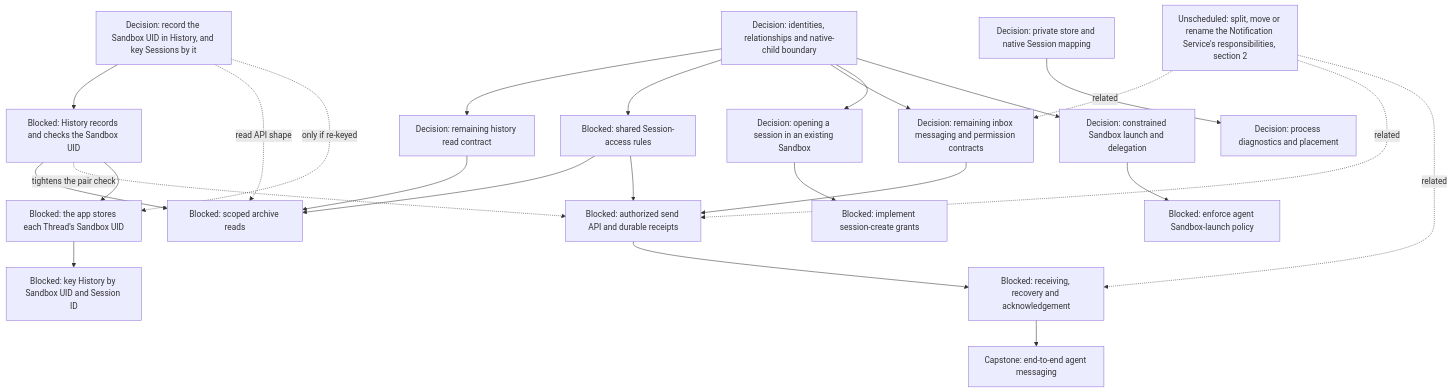
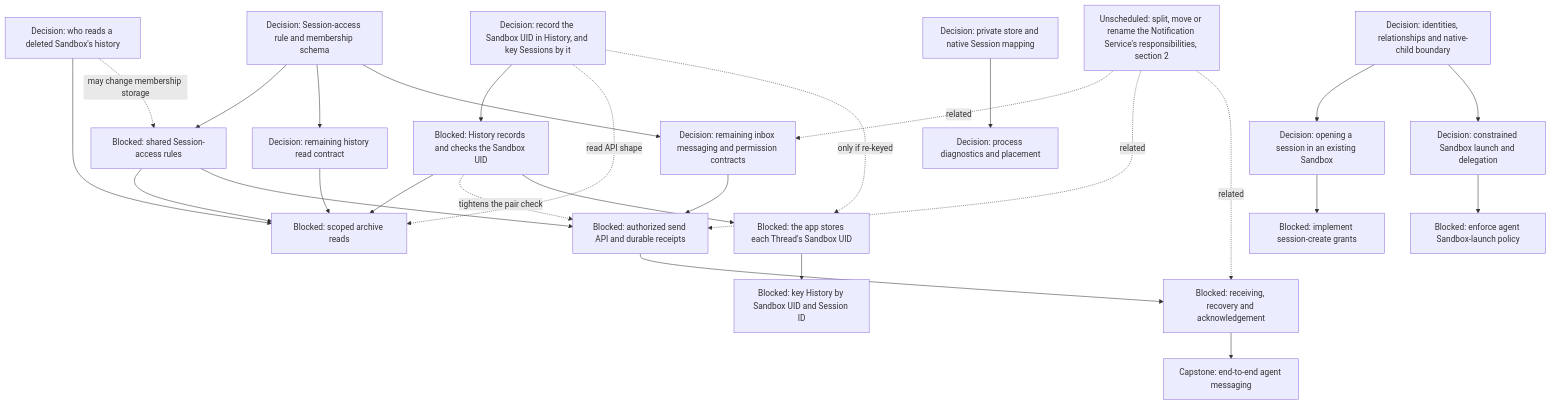
The fifth of 16 diagrams in agentplane/plans/task_dag.md (agentydragon-agent/ducktape), drawn with Mermaid before and after one commit. The commit also changed other lines of this file and 2 other files, not shown here.

````diff
--- a/agentplane/plans/task_dag.md
+++ b/agentplane/plans/task_dag.md
@@ -249,45 +250,49 @@
 ```mermaid
 flowchart TD
     MULTIAGENT_MODEL[Decision: identities, relationships and native-child boundary]
+    SESSION_ACCESS_RULES_DESIGN[Decision: Session-access rule and membership schema]
     SESSION_ACCESS_RULES[Blocked: shared Session-access rules]
     THREAD_READ_POLICY_DESIGN[Decision: remaining history read contract]
+    HISTORY_ACCESS_AFTER_DELETION[Decision: who reads a deleted Sandbox's history]
     THREAD_READ_POLICY[Blocked: scoped archive reads]
     HISTORY_SESSION_KEY_DESIGN[Decision: record the Sandbox UID in History, and key Sessions by it]
     HISTORY_SANDBOX_UID[Blocked: History records and checks the Sandbox UID]
     APP_THREAD_SANDBOX_UID[Blocked: the app stores each Thread's Sandbox UID]
     HISTORY_SESSION_REKEY[Blocked: key History by Sandbox UID and Session ID]
     AGENT_MESSAGING_DESIGN[Decision: remaining inbox messaging and permission contracts]
     AGENT_MESSAGE_INGRESS[Blocked: authorized send API and durable receipts]
     AGENT_MESSAGE_RECEPTION[Blocked: receiving, recovery and acknowledgement]
     AGENT_MESSAGING[Capstone: end-to-end agent messaging]
     THREAD_CREATE_POLICY[Decision: opening a session in an existing Sandbox]
     THREAD_CREATE_AUTHORIZATION[Blocked: implement session-create grants]
     AGENT_LAUNCH_POLICY_DESIGN[Decision: constrained Sandbox launch and delegation]
     AGENT_SANDBOX_LAUNCH[Blocked: enforce agent Sandbox-launch policy]
-    MULTIAGENT_MODEL --> THREAD_READ_POLICY_DESIGN
-    MULTIAGENT_MODEL --> SESSION_ACCESS_RULES
-    MULTIAGENT_MODEL --> AGENT_MESSAGING_DESIGN
     MULTIAGENT_MODEL --> THREAD_CREATE_POLICY
     MULTIAGENT_MODEL --> AGENT_LAUNCH_POLICY_DESIGN
+    SESSION_ACCESS_RULES_DESIGN --> SESSION_ACCESS_RULES
+    SESSION_ACCESS_RULES_DESIGN --> THREAD_READ_POLICY_DESIGN
+    SESSION_ACCESS_RULES_DESIGN --> AGENT_MESSAGING_DESIGN
     THREAD_READ_POLICY_DESIGN --> THREAD_READ_POLICY
+    HISTORY_ACCESS_AFTER_DELETION --> THREAD_READ_POLICY
+    HISTORY_ACCESS_AFTER_DELETION -. may change membership storage .-> SESSION_ACCESS_RULES
     SESSION_ACCESS_RULES --> THREAD_READ_POLICY
     HISTORY_SESSION_KEY_DESIGN --> HISTORY_SANDBOX_UID
     HISTORY_SESSION_KEY_DESIGN -. read API shape .-> THREAD_READ_POLICY
     HISTORY_SESSION_KEY_DESIGN -. only if re-keyed .-> APP_THREAD_SANDBOX_UID
     HISTORY_SANDBOX_UID --> THREAD_READ_POLICY
     HISTORY_SANDBOX_UID -. tightens the pair check .-> AGENT_MESSAGE_INGRESS
     HISTORY_SANDBOX_UID --> APP_THREAD_SANDBOX_UID
     APP_THREAD_SANDBOX_UID --> HISTORY_SESSION_REKEY
     SESSION_ACCESS_RULES --> AGENT_MESSAGE_INGRESS
     AGENT_MESSAGING_DESIGN --> AGENT_MESSAGE_INGRESS
     AGENT_MESSAGE_INGRESS --> AGENT_MESSAGE_RECEPTION
     NOTIFICATION_SERVICE_SPLIT[Unscheduled: split, move or rename the Notification Service's responsibilities, section 2] -. related .-> AGENT_MESSAGING_DESIGN
     NOTIFICATION_SERVICE_SPLIT -. related .-> AGENT_MESSAGE_INGRESS
     NOTIFICATION_SERVICE_SPLIT -. related .-> AGENT_MESSAGE_RECEPTION
     AGENT_MESSAGE_RECEPTION --> AGENT_MESSAGING
     THREAD_CREATE_POLICY --> THREAD_CREATE_AUTHORIZATION
     AGENT_LAUNCH_POLICY_DESIGN --> AGENT_SANDBOX_LAUNCH
     RUNNER_HARNESS_OBJECTS_DESIGN[Decision: process diagnostics and placement]
     HARNESS_IDENTITY_DESIGN[Decision: private store and native Session mapping]
     HARNESS_IDENTITY_DESIGN --> RUNNER_HARNESS_OBJECTS_DESIGN
 ```
````
